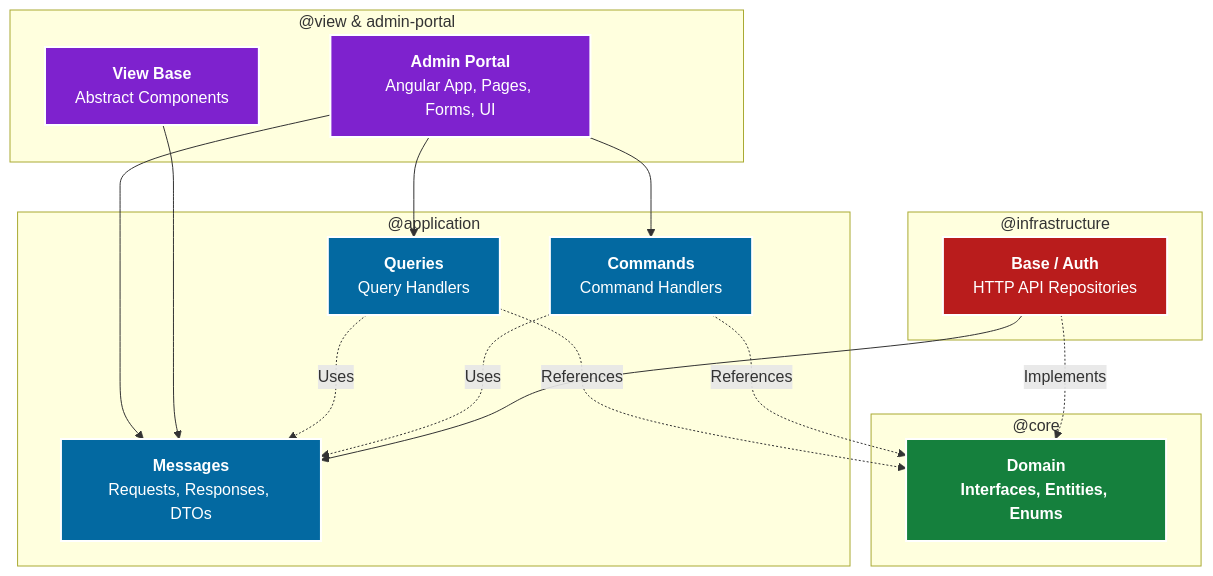
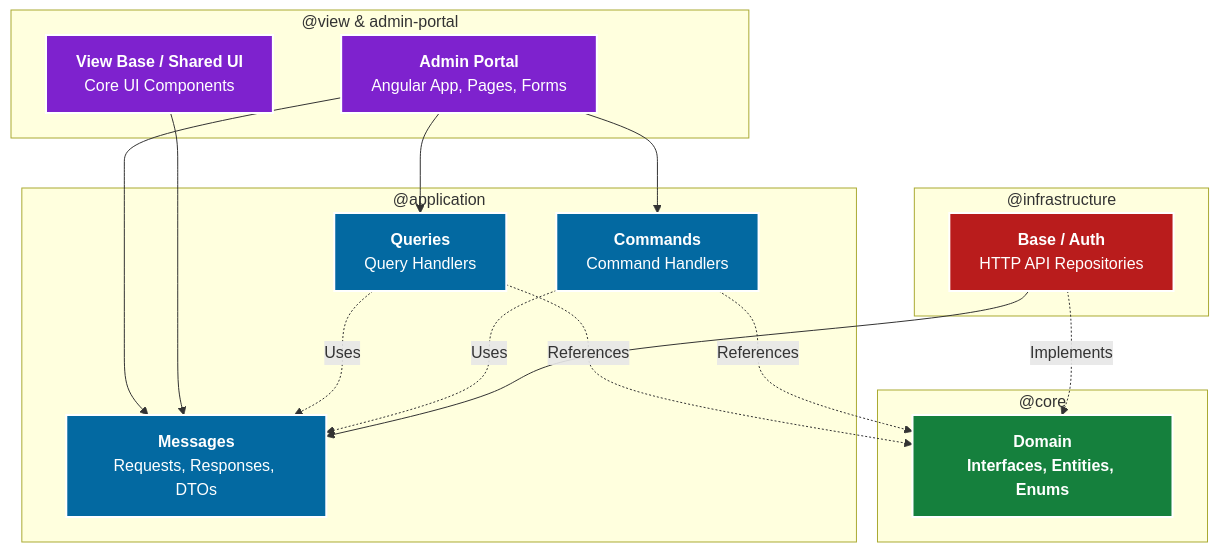
Before and after one commit to baobao0303/portal_tiem_nha-_zit: the diagram in README.md, drawn with Mermaid. The commit also changed other lines of this file, not shown here.

Commit message:
docs: align architecture documentation with senior engineering standards

````diff
--- a/README.md
+++ b/README.md
@@ -13,45 +13,41 @@
 ```mermaid
 graph TD
     %% Core Domain
     subgraph "@core"
         A[<b>Domain</b><br/>Interfaces, Entities, Enums]:::coreClass
     end
 
     %% Application Layer
     subgraph "@application"
         B[<b>Messages</b><br/>Requests, Responses, DTOs]:::appClass
         C[<b>Queries</b><br/>Query Handlers]:::appClass
         D[<b>Commands</b><br/>Command Handlers]:::appClass
     end
 
     %% Infrastructure Layer
     subgraph "@infrastructure"
         E[<b>Base / Auth</b><br/>HTTP API Repositories]:::infraClass
     end
 
     %% Presentation Layer
     subgraph "@view & admin-portal"
-        F[<b>View Base</b><br/>Abstract Components]:::viewClass
-        G[<b>Admin Portal</b><br/>Angular App, Pages, Forms, UI]:::viewClass
+        F[<b>View Base / Shared UI</b><br/>Core UI Components]:::viewClass
+        G[<b>Admin Portal</b><br/>Angular App, Pages, Forms]:::viewClass
     end
 
-    %% Dependencies
     G --> C
     G --> D
     G --> B
     F --> B
-
     C -.->|Uses| B
     D -.->|Uses| B
     C -.->|References| A
     D -.->|References| A
-
     E --> B
     E -.->|Implements| A
 
-    %% Styling
     classDef coreClass fill:#15803d,color:#fff,stroke:#fff,stroke-width:2px,font-weight:bold;
     classDef appClass fill:#0369a1,color:#fff,stroke:#fff,stroke-width:2px;
     classDef infraClass fill:#b91c1c,color:#fff,stroke:#fff,stroke-width:2px;
     classDef viewClass fill:#7e22ce,color:#fff,stroke:#fff,stroke-width:2px;
 ```
````
